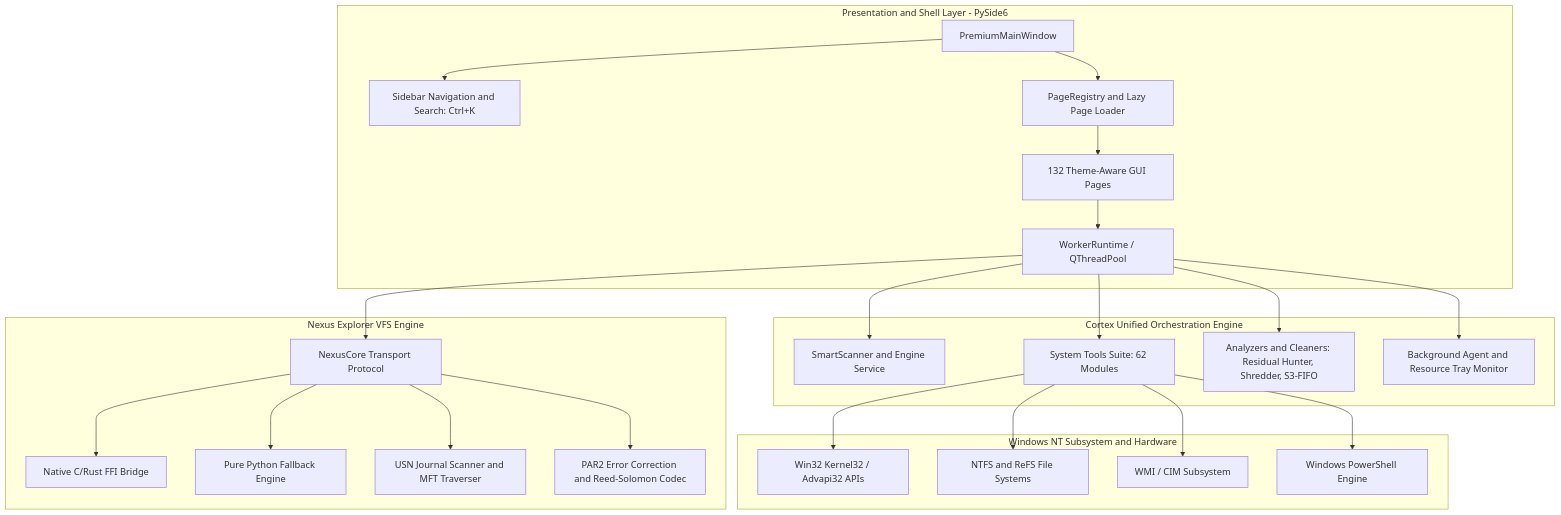
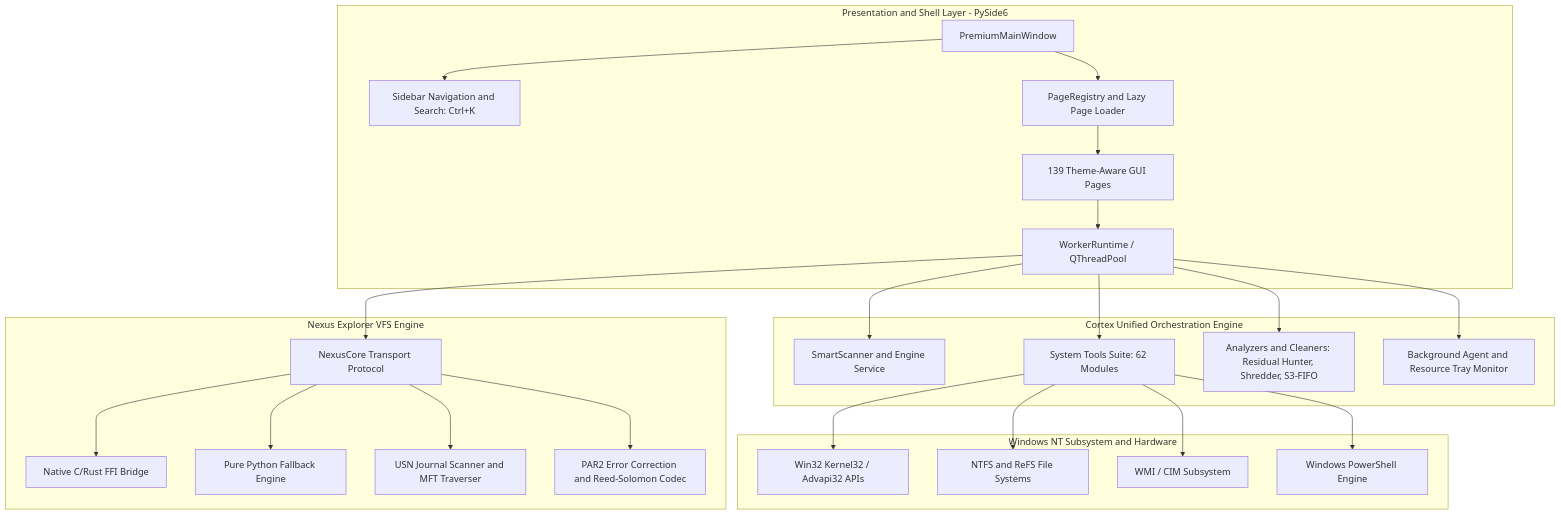
Before and after one commit to Destroyer-official/Cortex-Workstation: the diagram in docs/ARCHITECTURE.md, drawn with Mermaid. The commit also changed other lines of this file and 24 other files, not shown here.

````diff
--- a/docs/ARCHITECTURE.md
+++ b/docs/ARCHITECTURE.md
@@ -21,31 +21,31 @@
 ```mermaid
 flowchart TB
     subgraph UI_Layer["Presentation and Shell Layer - PySide6"]
         A["PremiumMainWindow"] --> B["Sidebar Navigation and Search: Ctrl+K"]
         A --> C["PageRegistry and Lazy Page Loader"]
-        C --> D["132 Theme-Aware GUI Pages"]
+        C --> D["139 Theme-Aware GUI Pages"]
         D --> E["WorkerRuntime / QThreadPool"]
     end
 
     subgraph Core_Engine["Cortex Unified Orchestration Engine"]
         E --> F["SmartScanner and Engine Service"]
         E --> G["System Tools Suite: 62 Modules"]
         E --> H["Analyzers and Cleaners: Residual Hunter, Shredder, S3-FIFO"]
         E --> I["Background Agent and Resource Tray Monitor"]
     end
 
     subgraph Nexus_VFS["Nexus Explorer VFS Engine"]
         E --> J["NexusCore Transport Protocol"]
         J --> K["Native C/Rust FFI Bridge"]
         J --> L["Pure Python Fallback Engine"]
         J --> M["USN Journal Scanner and MFT Traverser"]
         J --> N["PAR2 Error Correction and Reed-Solomon Codec"]
     end
 
     subgraph OS_Kernel["Windows NT Subsystem and Hardware"]
         G --> O["Win32 Kernel32 / Advapi32 APIs"]
         G --> P["NTFS and ReFS File Systems"]
         G --> Q["WMI / CIM Subsystem"]
         G --> R["Windows PowerShell Engine"]
     end
 ```
````
